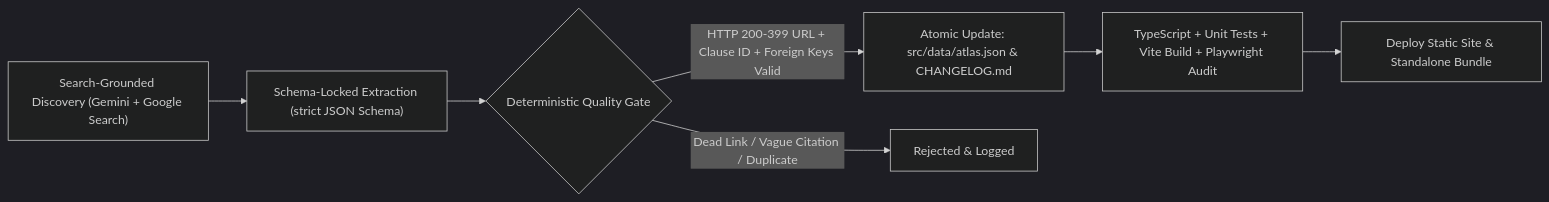
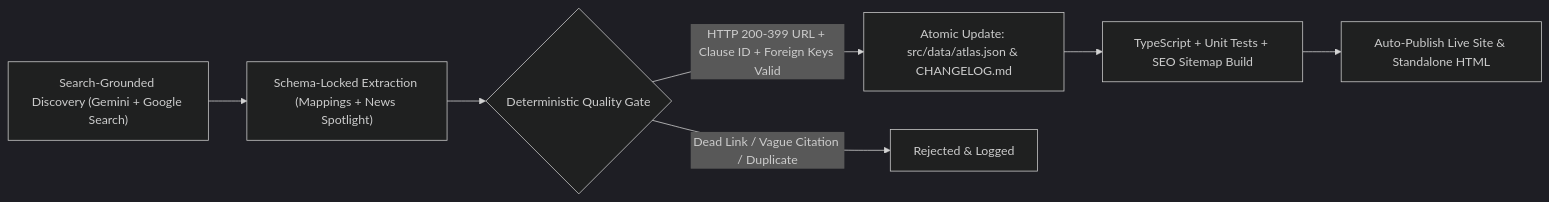
Before and after one commit to lihui-aigov/interoperability-atlas: the diagram in README.md, drawn with Mermaid (dark theme). The commit also changed other lines of this file and 11 other files, not shown here.

Commit message:
feat(spotlight,seo): add in-the-news governance spotlight, personal origin note, and static SEO sitemap

````diff
--- a/README.md
+++ b/README.md
@@ -64,9 +69,9 @@
 ```mermaid
 flowchart LR
-    A["Search-Grounded Discovery (Gemini + Google Search)"] --> B["Schema-Locked Extraction (strict JSON Schema)"]
+    A["Search-Grounded Discovery (Gemini + Google Search)"] --> B["Schema-Locked Extraction (Mappings + News Spotlight)"]
     B --> C{"Deterministic Quality Gate"}
     C -->|"HTTP 200-399 URL + Clause ID + Foreign Keys Valid"| D["Atomic Update: src/data/atlas.json & CHANGELOG.md"]
     C -->|"Dead Link / Vague Citation / Duplicate"| E["Rejected & Logged"]
-    D --> F["TypeScript + Unit Tests + Vite Build + Playwright Audit"]
-    F --> G["Deploy Static Site & Standalone Bundle"]
+    D --> F["TypeScript + Unit Tests + SEO Sitemap Build"]
+    F --> G["Auto-Publish Live Site & Standalone HTML"]
 ```
````
